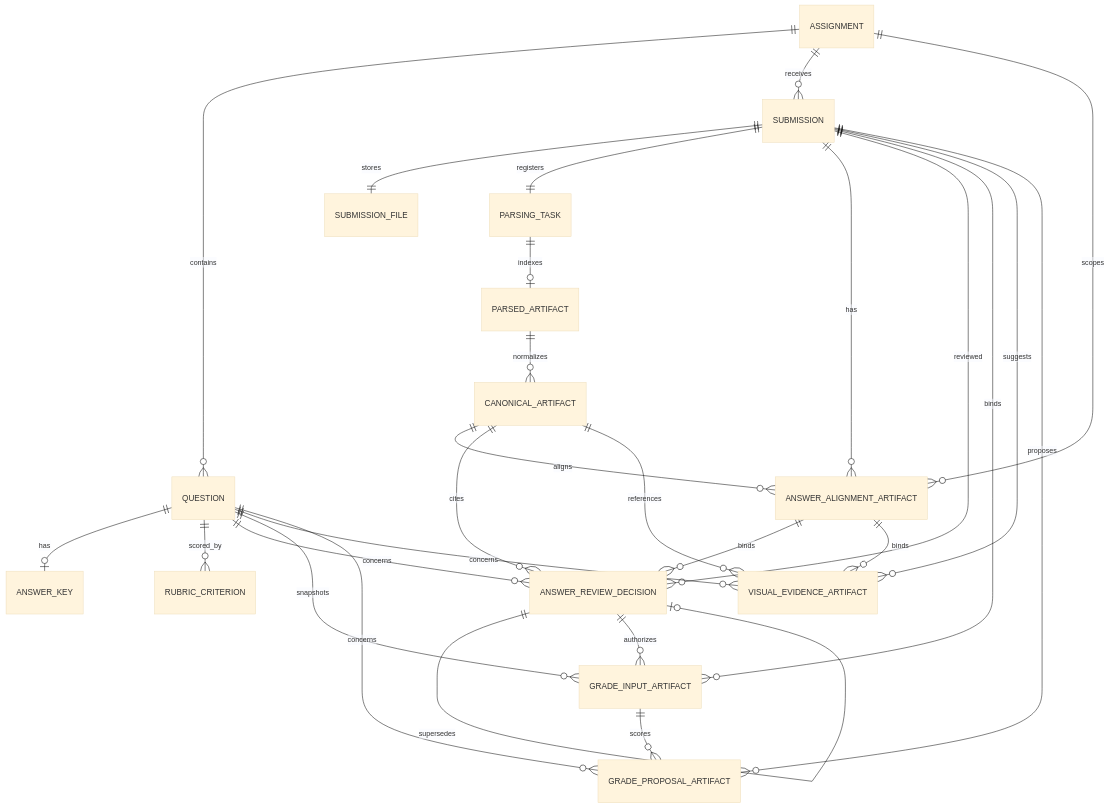
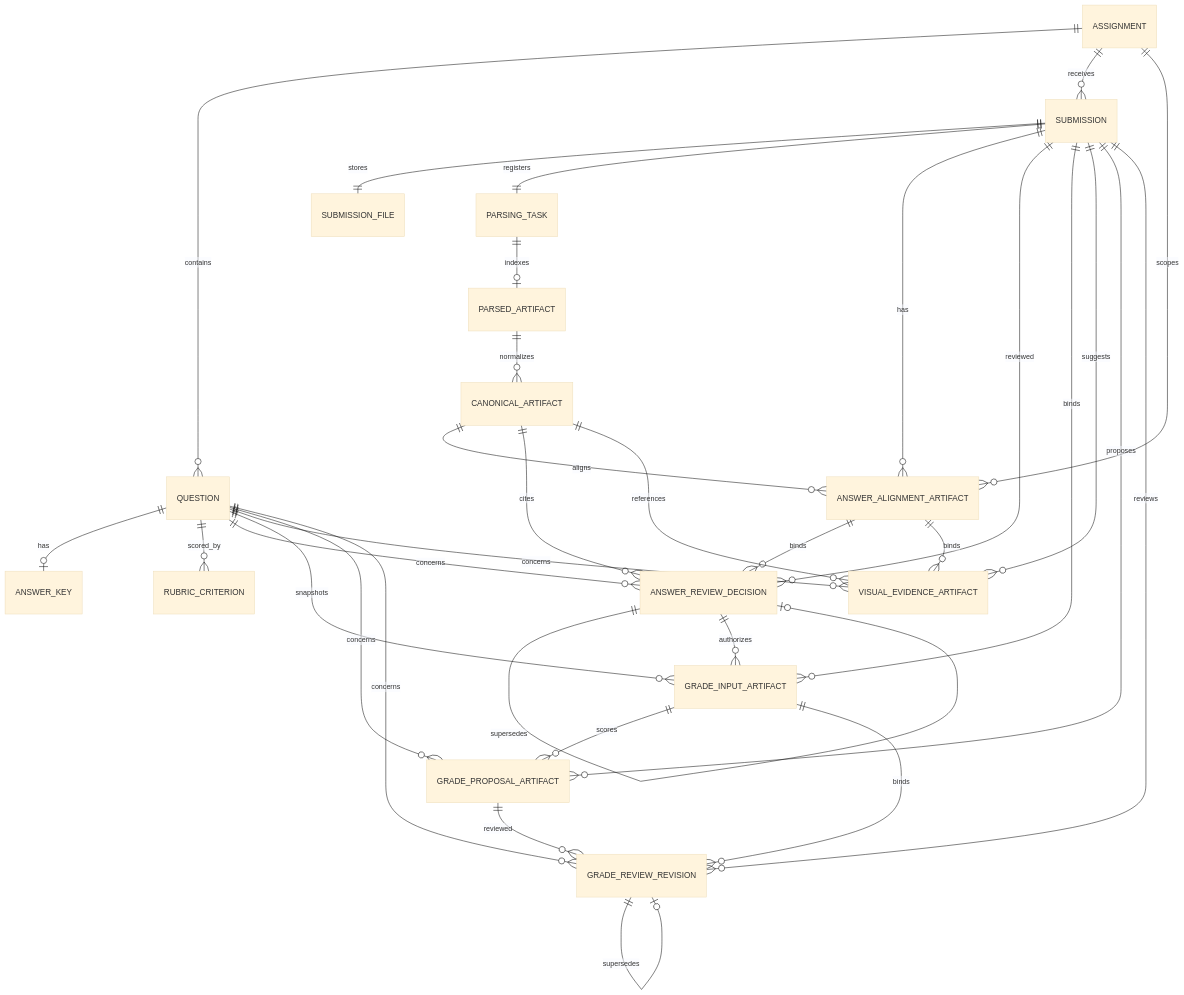
Before and after one commit to hvqo/huipi-cloud: the diagram in docs/architecture.md, drawn with Mermaid (base theme). The commit also changed other lines of this file and 17 other files, not shown here.

````diff
--- a/docs/architecture.md
+++ b/docs/architecture.md
@@ -76,29 +76,34 @@
 ```mermaid
 erDiagram
     ASSIGNMENT ||--o{ QUESTION : contains
     QUESTION ||--o| ANSWER_KEY : has
     QUESTION ||--o{ RUBRIC_CRITERION : scored_by
     ASSIGNMENT ||--o{ SUBMISSION : receives
     SUBMISSION ||--|| SUBMISSION_FILE : stores
     SUBMISSION ||--|| PARSING_TASK : registers
     PARSING_TASK ||--o| PARSED_ARTIFACT : indexes
     PARSED_ARTIFACT ||--o{ CANONICAL_ARTIFACT : normalizes
     SUBMISSION ||--o{ ANSWER_ALIGNMENT_ARTIFACT : has
     ASSIGNMENT ||--o{ ANSWER_ALIGNMENT_ARTIFACT : scopes
     CANONICAL_ARTIFACT ||--o{ ANSWER_ALIGNMENT_ARTIFACT : aligns
     SUBMISSION ||--o{ ANSWER_REVIEW_DECISION : reviewed
     QUESTION ||--o{ ANSWER_REVIEW_DECISION : concerns
     ANSWER_ALIGNMENT_ARTIFACT ||--o{ ANSWER_REVIEW_DECISION : binds
     CANONICAL_ARTIFACT ||--o{ ANSWER_REVIEW_DECISION : cites
     ANSWER_REVIEW_DECISION ||--o| ANSWER_REVIEW_DECISION : supersedes
     SUBMISSION ||--o{ GRADE_INPUT_ARTIFACT : binds
     QUESTION ||--o{ GRADE_INPUT_ARTIFACT : snapshots
     ANSWER_REVIEW_DECISION ||--o{ GRADE_INPUT_ARTIFACT : authorizes
     GRADE_INPUT_ARTIFACT ||--o{ GRADE_PROPOSAL_ARTIFACT : scores
     SUBMISSION ||--o{ VISUAL_EVIDENCE_ARTIFACT : suggests
     QUESTION ||--o{ VISUAL_EVIDENCE_ARTIFACT : concerns
     CANONICAL_ARTIFACT ||--o{ VISUAL_EVIDENCE_ARTIFACT : references
     ANSWER_ALIGNMENT_ARTIFACT ||--o{ VISUAL_EVIDENCE_ARTIFACT : binds
     SUBMISSION ||--o{ GRADE_PROPOSAL_ARTIFACT : proposes
     QUESTION ||--o{ GRADE_PROPOSAL_ARTIFACT : concerns
+    GRADE_PROPOSAL_ARTIFACT ||--o{ GRADE_REVIEW_REVISION : reviewed
+    GRADE_INPUT_ARTIFACT ||--o{ GRADE_REVIEW_REVISION : binds
+    SUBMISSION ||--o{ GRADE_REVIEW_REVISION : reviews
+    QUESTION ||--o{ GRADE_REVIEW_REVISION : concerns
+    GRADE_REVIEW_REVISION ||--o| GRADE_REVIEW_REVISION : supersedes
 ```
````
